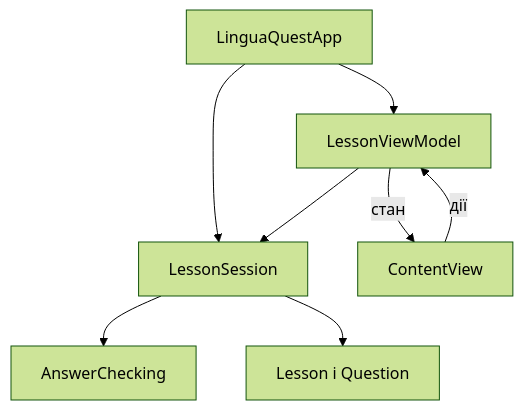
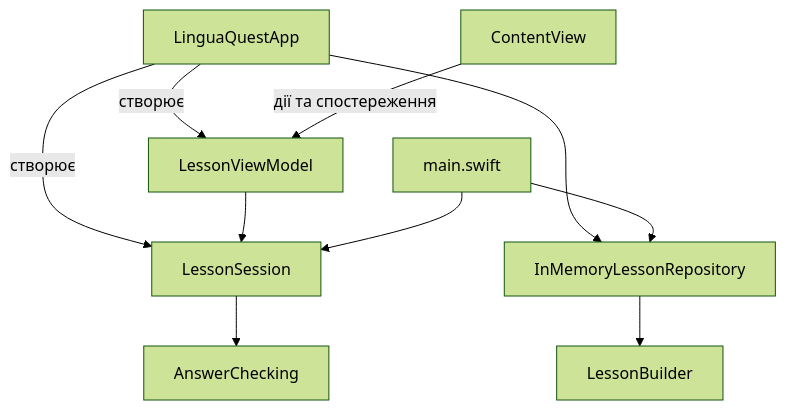
Before and after one commit to generalpygovka/LinguaQuest: the diagram in docs/architecture.md, drawn with Mermaid (forest theme). The commit also changed other lines of this file and 2 other files, not shown here.

Commit message:
used shared lesson session in CLI and document arch and lab 2 integration

````diff
--- a/docs/architecture.md
+++ b/docs/architecture.md
@@ -37,10 +28,12 @@
 ```mermaid
 flowchart TD
-    App["LinguaQuestApp"] --> VM["LessonViewModel"]
-    App --> Session["LessonSession"]
-    View["ContentView"] -->|дії| VM
-    VM -->|стан| View
+    App["LinguaQuestApp"] -->|створює| VM["LessonViewModel"]
+    App -->|створює| Session["LessonSession"]
+    View["ContentView"] -->|дії та спостереження| VM
     VM --> Session
-    Session --> Checker["AnswerChecking"]
-    Session --> Models["Lesson і Question"]
+    CLI["main.swift"] --> Session
+    Session --> Checking["AnswerChecking"]
+    App --> Repository["InMemoryLessonRepository"]
+    CLI --> Repository
+    Repository --> Builder["LessonBuilder"]
 ```
````
